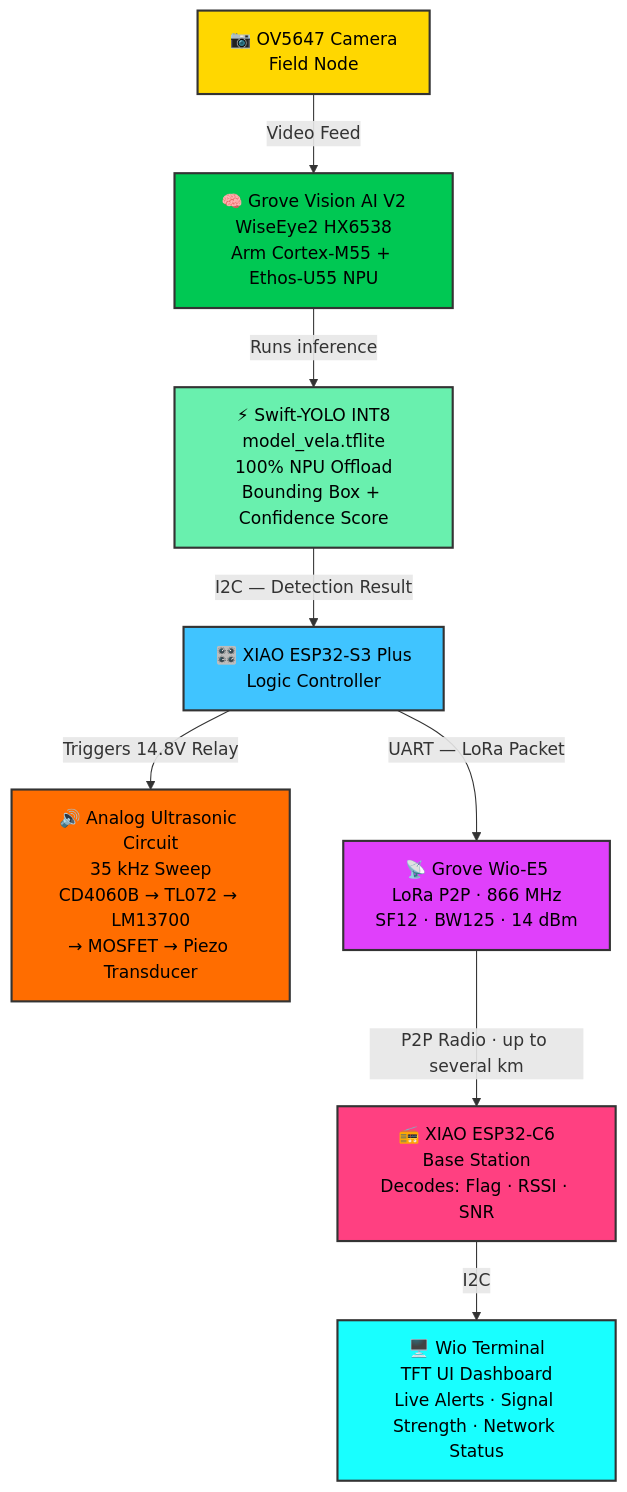
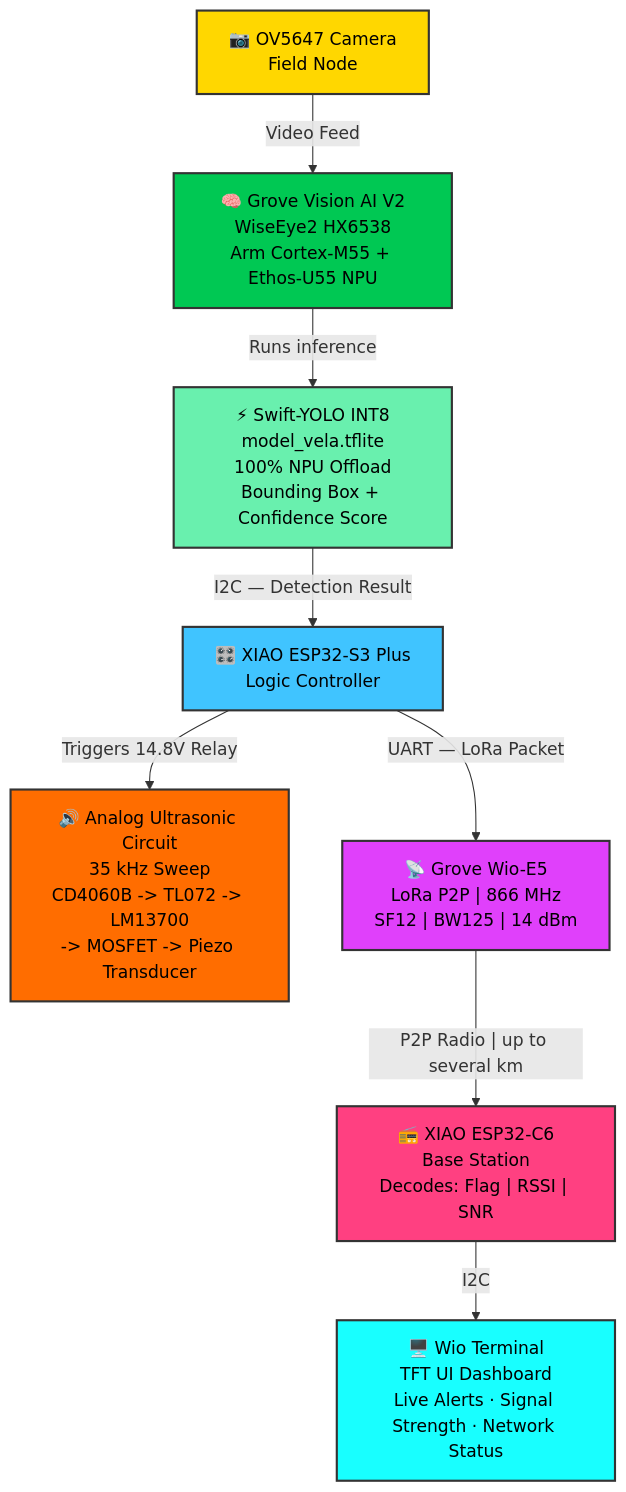
The diagram in README.md (shawnsony07/Varaha-AI), drawn with Mermaid before and after one commit. The commit also changed other lines of this file, not shown here.

Commit message:
Restore physical hardware validation instructions and fix unicode characters in Mermaid chart

````diff
--- a/README.md
+++ b/README.md
@@ -62,28 +62,28 @@
 ```mermaid
 flowchart TD
     classDef camera    fill:#FFD700,stroke:#333,stroke-width:2px,color:#000
     classDef npu       fill:#00C853,stroke:#333,stroke-width:2px,color:#000
     classDef model     fill:#69F0AE,stroke:#333,stroke-width:2px,color:#000
     classDef logic     fill:#40C4FF,stroke:#333,stroke-width:2px,color:#000
     classDef deterrent fill:#FF6D00,stroke:#333,stroke-width:2px,color:#000
     classDef lora      fill:#E040FB,stroke:#333,stroke-width:2px,color:#000
     classDef base      fill:#FF4081,stroke:#333,stroke-width:2px,color:#000
     classDef display   fill:#18FFFF,stroke:#333,stroke-width:2px,color:#000
 
     CAM["📷 OV5647 Camera\nField Node"]:::camera
     VIS["🧠 Grove Vision AI V2\nWiseEye2 HX6538\nArm Cortex-M55 + Ethos-U55 NPU"]:::npu
     MDL["⚡ Swift-YOLO INT8\nmodel_vela.tflite\n100% NPU Offload\nBounding Box + Confidence Score"]:::model
     S3["🎛️ XIAO ESP32-S3 Plus\nLogic Controller"]:::logic
-    DET["🔊 Analog Ultrasonic Circuit\n35 kHz Sweep\nCD4060B → TL072 → LM13700\n→ MOSFET → Piezo Transducer"]:::deterrent
-    LORA["📡 Grove Wio-E5\nLoRa P2P · 866 MHz\nSF12 · BW125 · 14 dBm"]:::lora
-    C6["📻 XIAO ESP32-C6\nBase Station\nDecodes: Flag · RSSI · SNR"]:::base
+    DET["🔊 Analog Ultrasonic Circuit\n35 kHz Sweep\nCD4060B -> TL072 -> LM13700\n-> MOSFET -> Piezo Transducer"]:::deterrent
+    LORA["📡 Grove Wio-E5\nLoRa P2P | 866 MHz\nSF12 | BW125 | 14 dBm"]:::lora
+    C6["📻 XIAO ESP32-C6\nBase Station\nDecodes: Flag | RSSI | SNR"]:::base
     WIO["🖥️ Wio Terminal\nTFT UI Dashboard\nLive Alerts · Signal Strength · Network Status"]:::display
 
     CAM -->|"Video Feed"| VIS
     VIS -->|"Runs inference"| MDL
     MDL -->|"I2C — Detection Result"| S3
     S3 -->|"Triggers 14.8V Relay"| DET
     S3 -->|"UART — LoRa Packet"| LORA
-    LORA -->|"P2P Radio · up to several km"| C6
+    LORA -->|"P2P Radio | up to several km"| C6
     C6 -->|"I2C"| WIO
 ```
````
